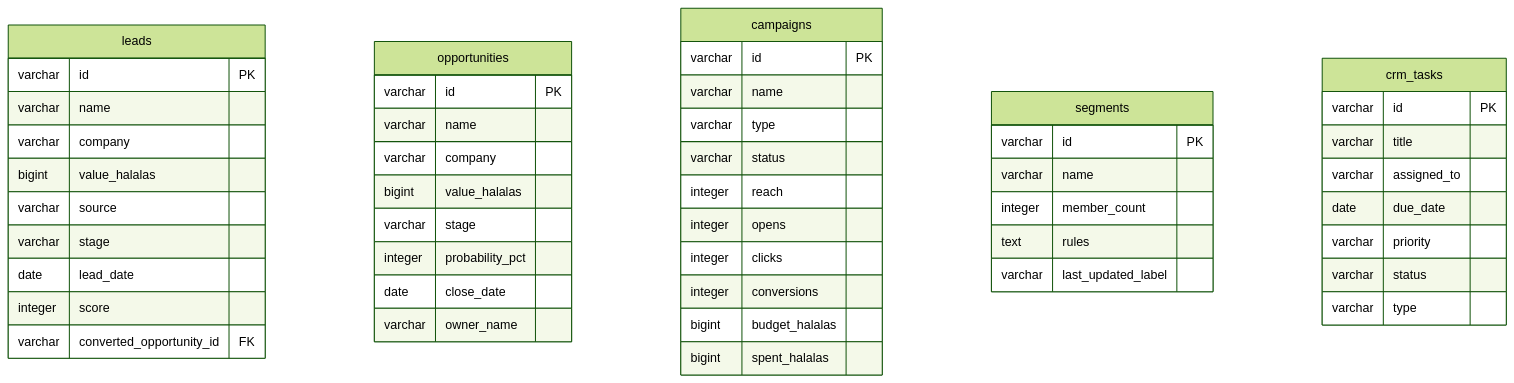
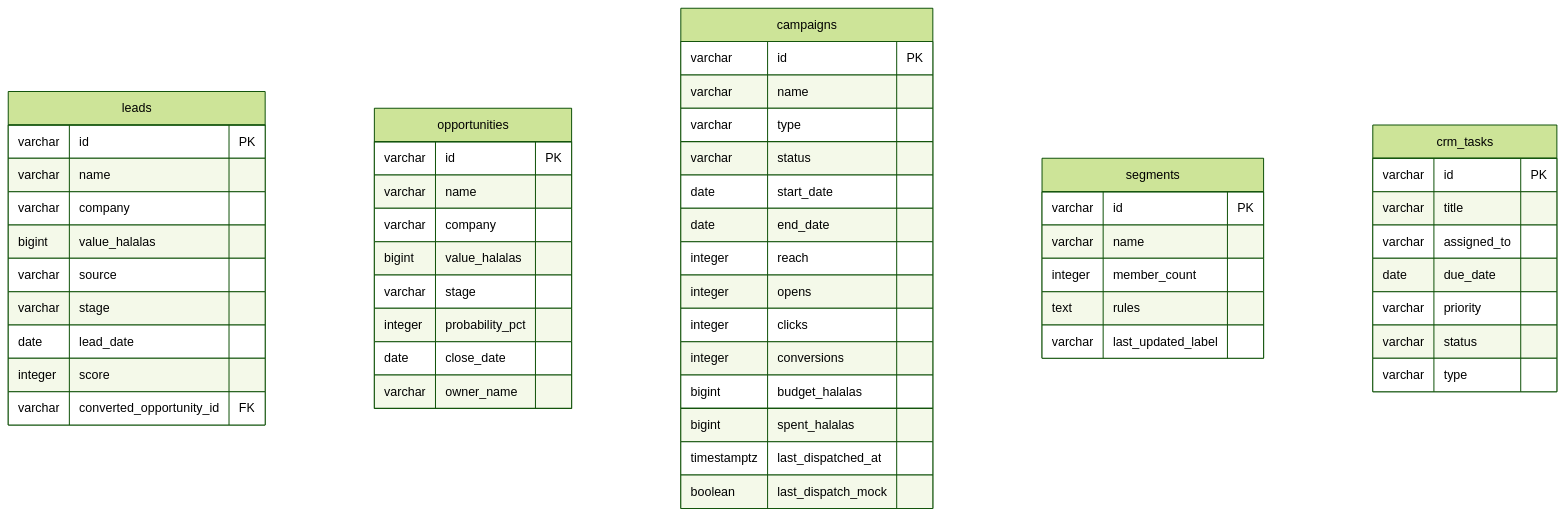
Before and after one commit to tazamohd/SlClNe: the diagram in docs/33_MASTER_DIAGRAM_LIBRARY/ERD/CRM_ERD.md, drawn with Mermaid (forest theme). The commit also changed 64 other files, not shown here.

````diff
--- a/docs/33_MASTER_DIAGRAM_LIBRARY/ERD/CRM_ERD.md
+++ b/docs/33_MASTER_DIAGRAM_LIBRARY/ERD/CRM_ERD.md
@@ -15,52 +15,56 @@
 ```mermaid
 erDiagram
   leads {
     varchar id PK
     varchar name
     varchar company
     bigint value_halalas
     varchar source
     varchar stage
     date lead_date
     integer score
     varchar converted_opportunity_id FK
   }
   opportunities {
     varchar id PK
     varchar name
     varchar company
     bigint value_halalas
     varchar stage
     integer probability_pct
     date close_date
     varchar owner_name
   }
   campaigns {
     varchar id PK
     varchar name
     varchar type
     varchar status
+    date start_date
+    date end_date
     integer reach
     integer opens
     integer clicks
     integer conversions
     bigint budget_halalas
     bigint spent_halalas
+    timestamptz last_dispatched_at
+    boolean last_dispatch_mock
   }
   segments {
     varchar id PK
     varchar name
     integer member_count
     text rules
     varchar last_updated_label
   }
   crm_tasks {
     varchar id PK
     varchar title
     varchar assigned_to
     date due_date
     varchar priority
     varchar status
     varchar type
   }
 ```
````
